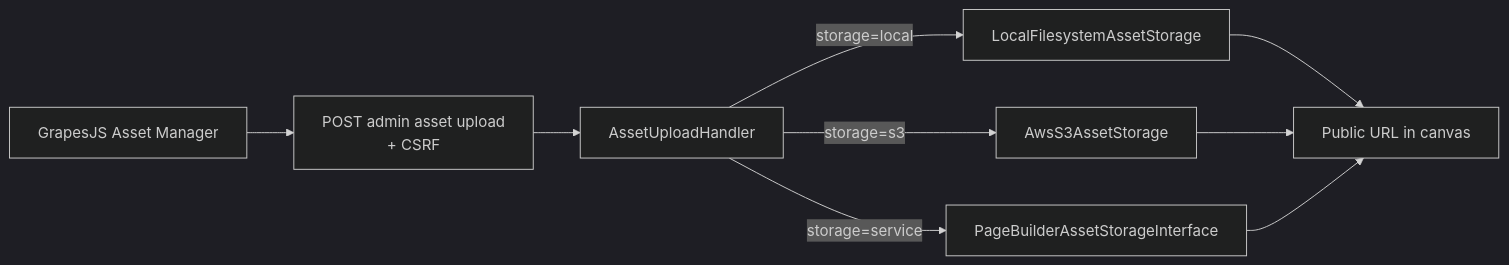
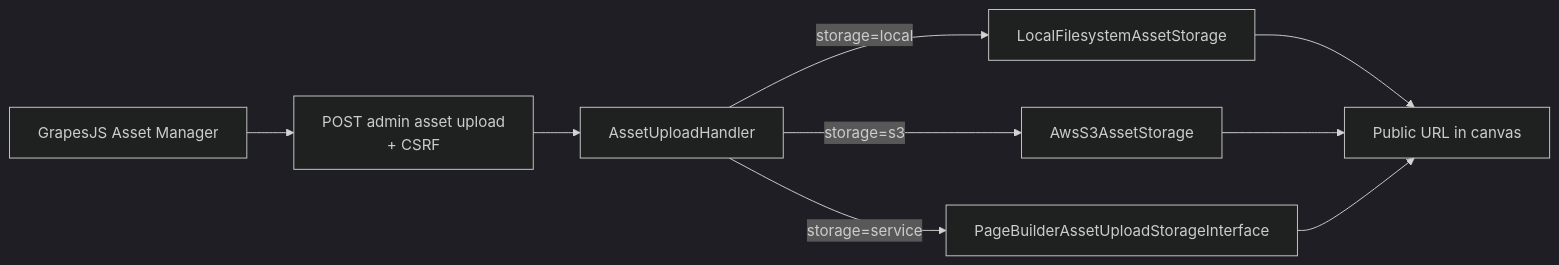
Before and after one commit to nowo-tech/PageBuilderKitBundle: the tenth of 11 diagrams in docs/ARCHITECTURE.md, drawn with Mermaid (dark theme). The commit also changed other lines of this file and 10 other files, not shown here.

First line of the commit message:
docs: 2.0.0 UPGRADING, CHANGELOG, configuration and architecture docs, 1.x support

````diff
--- a/docs/ARCHITECTURE.md
+++ b/docs/ARCHITECTURE.md
@@ -327,17 +327,17 @@
 ```mermaid
 flowchart LR
     AM["GrapesJS Asset Manager"]
     EP["POST admin asset upload<br/>+ CSRF"]
     Handler["AssetUploadHandler"]
     Local["LocalFilesystemAssetStorage"]
     S3["AwsS3AssetStorage"]
-    Custom["PageBuilderAssetStorageInterface"]
+    Custom["PageBuilderAssetUploadStorageInterface"]
 
     AM --> EP --> Handler
     Handler -->|storage=local| Local
     Handler -->|storage=s3| S3
     Handler -->|storage=service| Custom
     Local --> URL["Public URL in canvas"]
     S3 --> URL
     Custom --> URL
 ```
````
